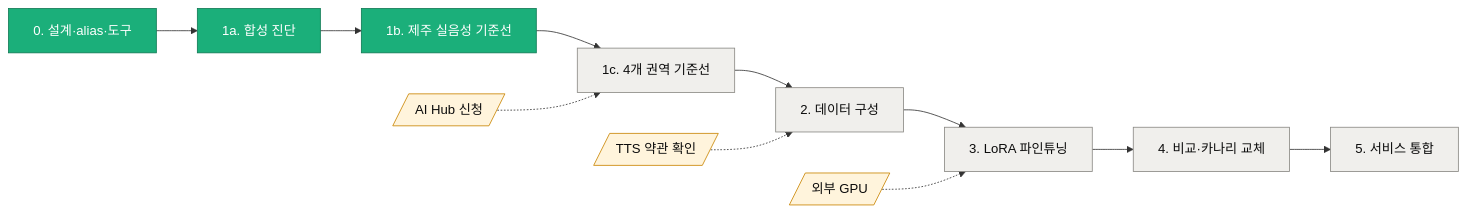
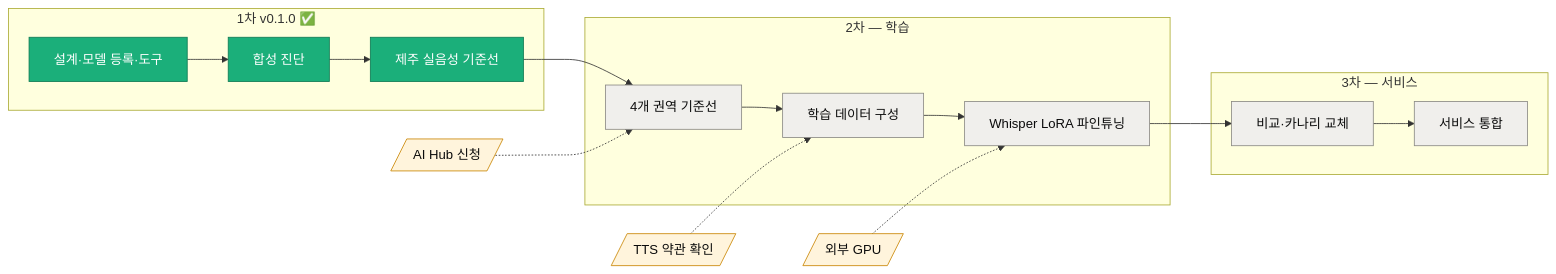
The second of 3 diagrams in README.md (david365-lee/korean-dialect-stt), drawn with Mermaid before and after one commit. The commit also changed other lines of this file and 1 other file, not shown here.

````diff
--- a/README.md
+++ b/README.md
@@ -445,12 +299,20 @@
 ```mermaid
 flowchart LR
-    S0["0. 설계·alias·도구"]:::done --> S1a["1a. 합성 진단"]:::done --> S1b["1b. 제주 실음성 기준선"]:::done
-    S1b --> S1c["1c. 4개 권역 기준선"]:::todo
-    S1c --> S2["2. 데이터 구성"]:::todo --> S3["3. LoRA 파인튜닝"]:::todo --> S4["4. 비교·카나리 교체"]:::todo --> S5["5. 서비스 통합"]:::todo
+    subgraph P1["1차 v0.1.0 ✅"]
+        S0["설계·모델 등록·도구"]:::done --> S1a["합성 진단"]:::done --> S1b["제주 실음성 기준선"]:::done
+    end
+    subgraph P2["2차 — 학습"]
+        S1c["4개 권역 기준선"]:::todo --> S2["학습 데이터 구성"]:::todo --> S3["Whisper LoRA 파인튜닝"]:::todo
+    end
+    subgraph P3["3차 — 서비스"]
+        S4["비교·카나리 교체"]:::todo --> S5["서비스 통합"]:::todo
+    end
+    S1b --> S1c
+    S3 --> S4
     D1[/"AI Hub 신청"/]:::need -.-> S1c
     D2[/"외부 GPU"/]:::need -.-> S3
     D3[/"TTS 약관 확인"/]:::need -.-> S2
     classDef done fill:#1baf7a,stroke:#0f7a54,color:#fff
     classDef todo fill:#f0efec,stroke:#8a8984,color:#0b0b0b
     classDef need fill:#fff4dc,stroke:#c98500,color:#0b0b0b
 ```
````
